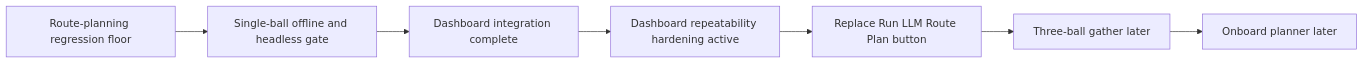
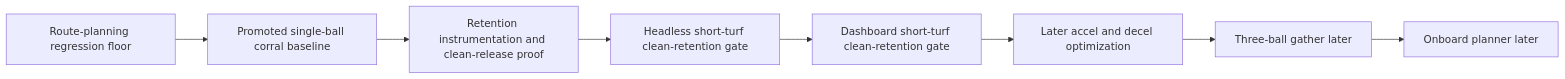
Before and after one commit to fsmalkin/chasebot: the diagram in docs/LLM_BROWSER_UAT_PLAN.md, drawn with Mermaid. The commit also changed other lines of this file and 1 other file, not shown here.

Commit message:
docs: prioritize clean spur retention gating

````diff
--- a/docs/LLM_BROWSER_UAT_PLAN.md
+++ b/docs/LLM_BROWSER_UAT_PLAN.md
@@ -359,9 +361,10 @@
 ```mermaid
 flowchart LR
-    A[Route-planning regression floor] --> B[Single-ball offline and headless gate]
-    B --> C[Dashboard integration complete]
-    C --> D[Dashboard repeatability hardening active]
-    D --> E[Replace Run LLM Route Plan button]
-    E --> F[Three-ball gather later]
-    F --> G[Onboard planner later]
+    A[Route-planning regression floor] --> B[Promoted single-ball corral baseline]
+    B --> C[Retention instrumentation and clean-release proof]
+    C --> D[Headless short-turf clean-retention gate]
+    D --> E[Dashboard short-turf clean-retention gate]
+    E --> F[Later accel and decel optimization]
+    F --> G[Three-ball gather later]
+    G --> H[Onboard planner later]
 ```
````
